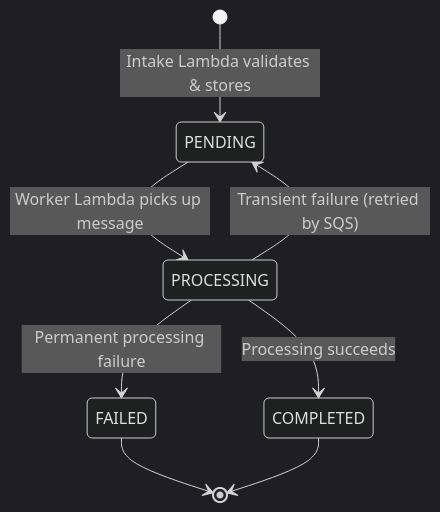
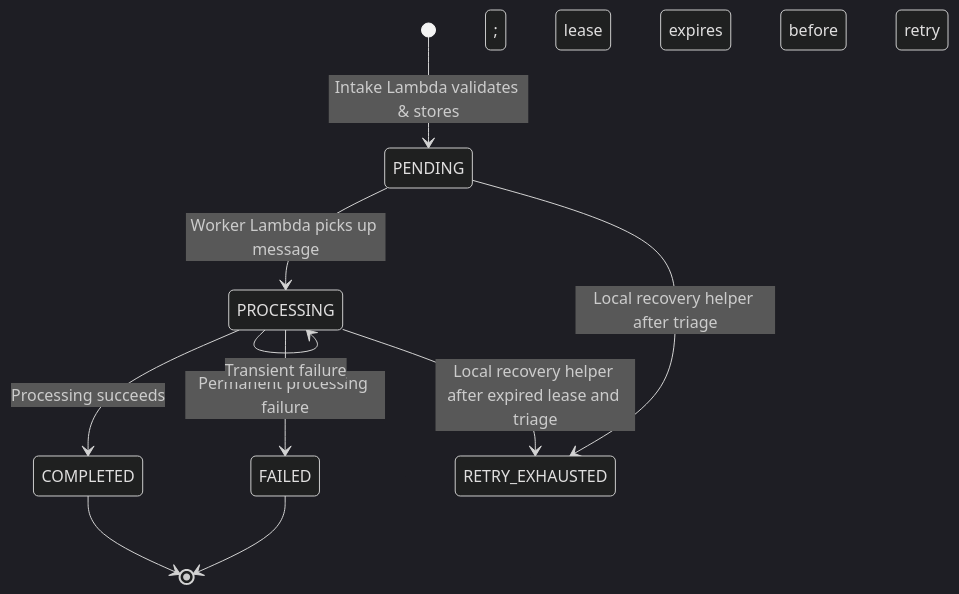
One commit to Sagar521121/Aws-Serverless-Order-Processing changed the second of 2 diagrams in docs/ARCHITECTURE.md. Above: the diagram before and after it, drawn with Mermaid (dark theme). The commit also changed other lines of this file and 30 other files, not shown here.

````diff
--- a/docs/ARCHITECTURE.md
+++ b/docs/ARCHITECTURE.md
@@ -51,10 +51,12 @@
 ```mermaid
 stateDiagram-v2
     [*] --> PENDING: Intake Lambda validates & stores
     PENDING --> PROCESSING: Worker Lambda picks up message
     PROCESSING --> COMPLETED: Processing succeeds
     PROCESSING --> FAILED: Permanent processing failure
-    PROCESSING --> PENDING: Transient failure (retried by SQS)
+    PROCESSING --> PROCESSING: Transient failure; lease expires before retry
+    PENDING --> RETRY_EXHAUSTED: Local recovery helper after triage
+    PROCESSING --> RETRY_EXHAUSTED: Local recovery helper after expired lease and triage
     FAILED --> [*]
     COMPLETED --> [*]
 ```
````
